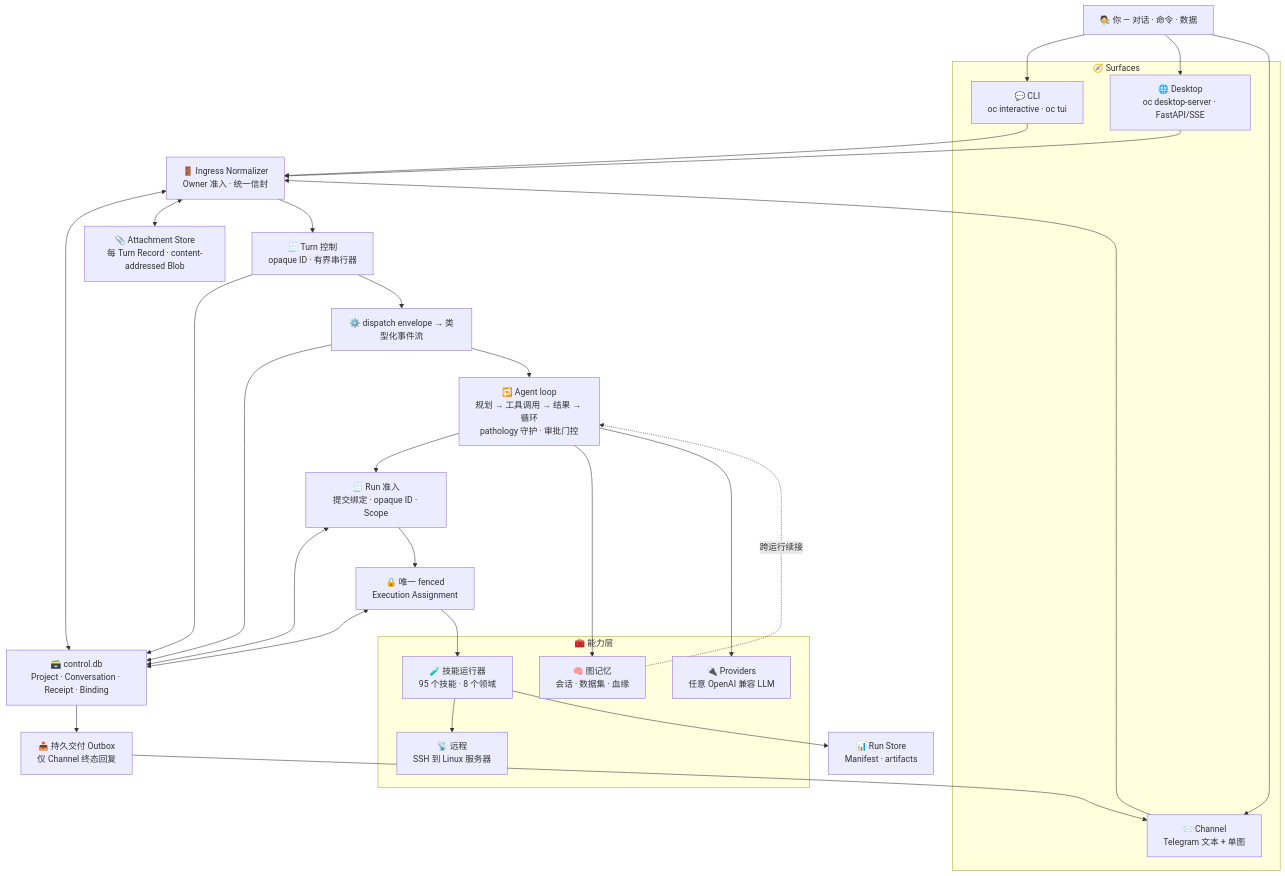
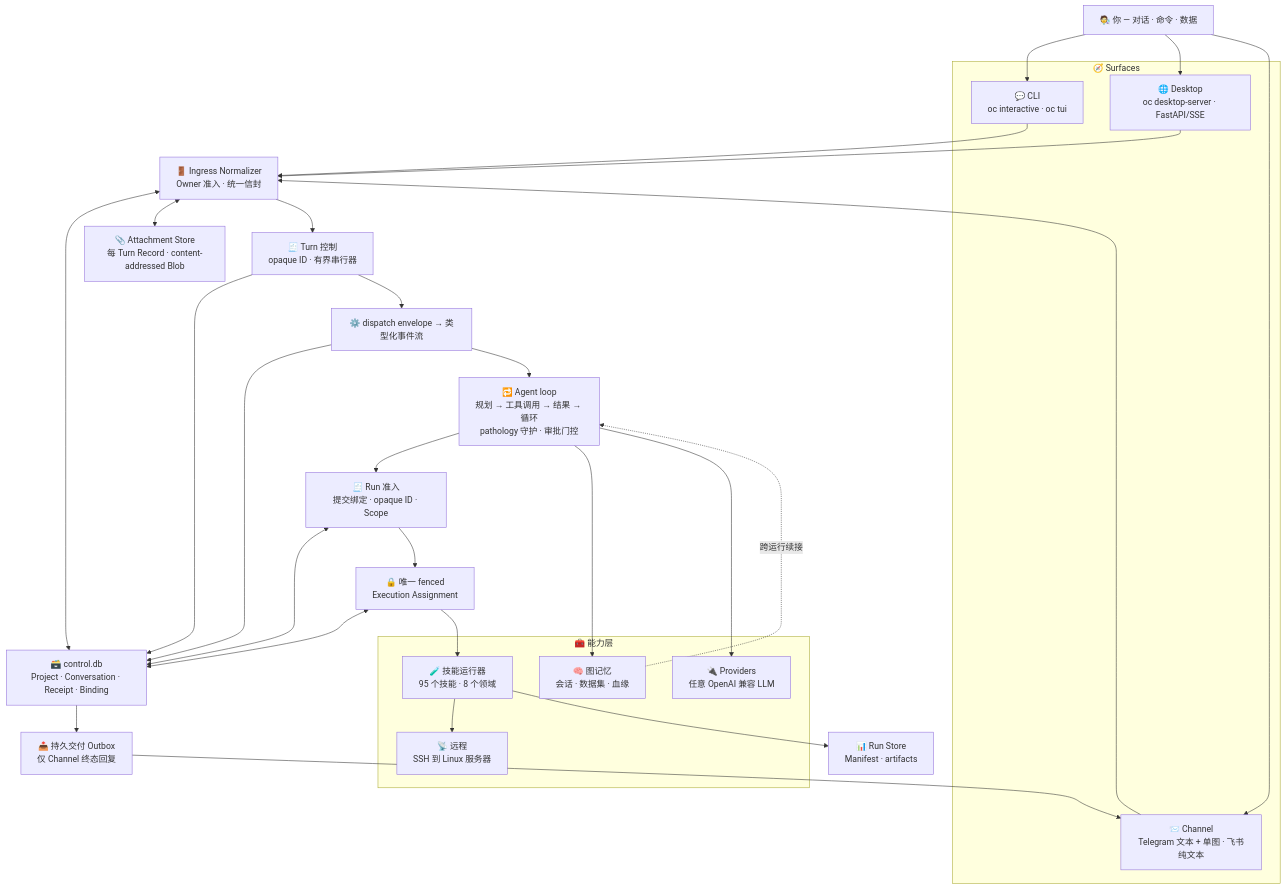
The diagram in README_zh-CN.md (zhou-1314/OmicsClaw), drawn with Mermaid before and after one commit. The commit also changed other lines of this file and 7 other files, not shown here.

````diff
--- a/README_zh-CN.md
+++ b/README_zh-CN.md
@@ -126,49 +126,49 @@
 ```mermaid
 flowchart TD
     U["🧑‍🔬 你 — 对话 · 命令 · 数据"]
 
     subgraph Surfaces["🧭 Surfaces"]
         CLI["💬 CLI<br/>oc interactive · oc tui"]
         DESK["🌐 Desktop<br/>oc desktop-server · FastAPI/SSE"]
-        CHAN["📨 Channel<br/>Telegram 文本 + 单图"]
+        CHAN["📨 Channel<br/>Telegram 文本 + 单图 · 飞书纯文本"]
     end
 
     INGRESS["🚪 Ingress Normalizer<br/>Owner 准入 · 统一信封"]
     CONTROL["🗃️ control.db<br/>Project · Conversation · Receipt · Binding"]
     ATTACH["📎 Attachment Store<br/>每 Turn Record · content-addressed Blob"]
     OUTBOX["📤 持久交付 Outbox<br/>仅 Channel 终态回复"]
     TURN["🧾 Turn 控制<br/>opaque ID · 有界串行器"]
     RUNADM["🧾 Run 准入<br/>提交绑定 · opaque ID · Scope"]
     ASSIGN["🔒 唯一 fenced<br/>Execution Assignment"]
     DISPATCH["⚙️ dispatch envelope → 类型化事件流"]
     LOOP["🔁 Agent loop<br/>规划 → 工具调用 → 结果 → 循环<br/>pathology 守护 · 审批门控"]
 
     subgraph Capabilities["🧰 能力层"]
         SKILLS["🧪 技能运行器<br/>95 个技能 · 8 个领域"]
         MEMORY["🧠 图记忆<br/>会话 · 数据集 · 血缘"]
         PROV["🔌 Providers<br/>任意 OpenAI 兼容 LLM"]
         REMOTE["📡 远程<br/>SSH 到 Linux 服务器"]
     end
 
     OUT["📊 Run Store<br/>Manifest · artifacts"]
 
     U --> CLI & DESK & CHAN
     CLI & DESK & CHAN --> INGRESS
     INGRESS <--> CONTROL
     INGRESS <--> ATTACH
     INGRESS --> TURN
     TURN --> CONTROL
     TURN --> DISPATCH
     DISPATCH --> CONTROL
     CONTROL --> OUTBOX
     OUTBOX --> CHAN
     DISPATCH --> LOOP
     LOOP --> RUNADM & MEMORY & PROV
     RUNADM <--> CONTROL
     RUNADM --> ASSIGN
     ASSIGN <--> CONTROL
     ASSIGN --> SKILLS
     SKILLS --> REMOTE
     SKILLS --> OUT
     MEMORY -. 跨运行续接 .-> LOOP
 ```
````
